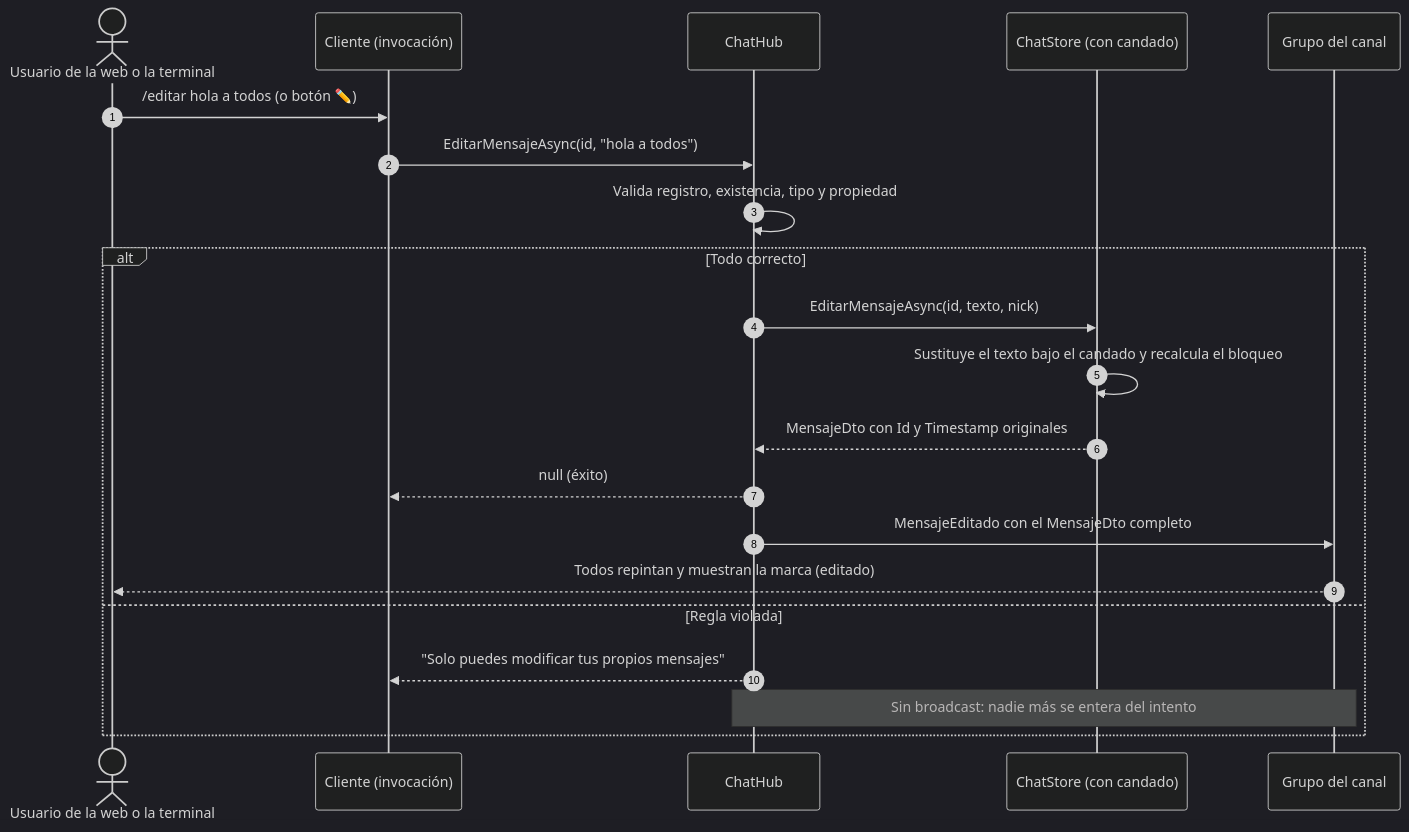
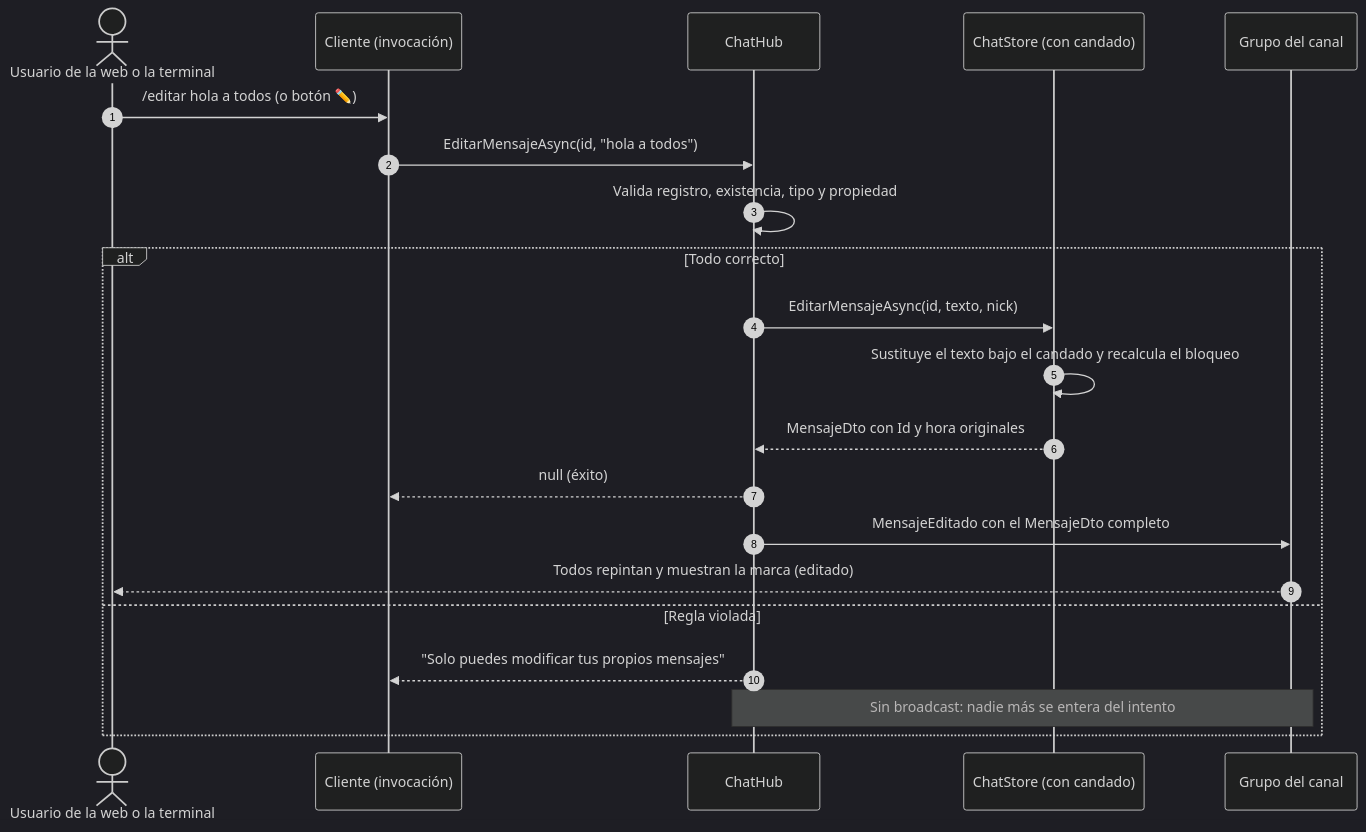
One commit to joseluisgs/AulaChatNet changed the first of 2 diagrams in docs/11-editar-y-borrar.md. Above: the diagram before and after it, drawn with Mermaid (dark theme). The commit also changed other lines of this file and 11 other files, not shown here.

````diff
--- a/docs/11-editar-y-borrar.md
+++ b/docs/11-editar-y-borrar.md
@@ -78,24 +78,24 @@
 ```mermaid
 sequenceDiagram
     autonumber
     actor U as Usuario de la web o la terminal
     participant C as Cliente (invocación)
     participant H as ChatHub
     participant S as ChatStore (con candado)
     participant G as Grupo del canal
 
     U->>C: /editar hola a todos (o botón ✏️)
     C->>H: EditarMensajeAsync(id, "hola a todos")
     H->>H: Valida registro, existencia, tipo y propiedad
     alt Todo correcto
         H->>S: EditarMensajeAsync(id, texto, nick)
         S->>S: Sustituye el texto bajo el candado y recalcula el bloqueo
-        S-->>H: MensajeDto con Id y Timestamp originales
+        S-->>H: MensajeDto con Id y hora originales
         H-->>C: null (éxito)
         H->>G: MensajeEditado con el MensajeDto completo
         G-->>U: Todos repintan y muestran la marca (editado)
     else Regla violada
         H-->>C: "Solo puedes modificar tus propios mensajes"
         Note over H,G: Sin broadcast: nadie más se entera del intento
     end
 ```
````
